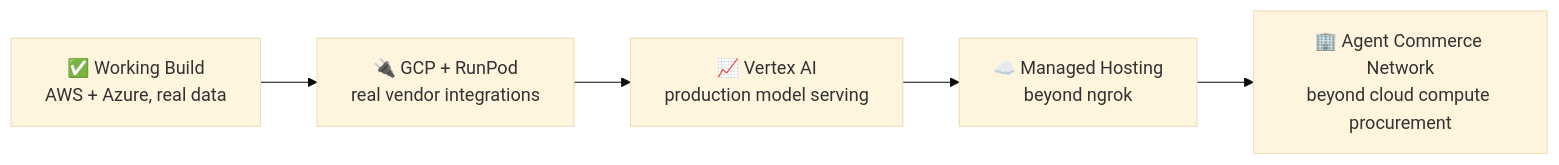
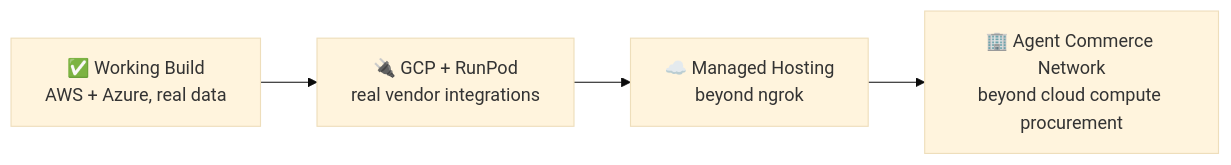
The fifth of 5 diagrams in README.md (maha-rk/pact), drawn with Mermaid (base theme) before and after one commit. The commit also changed other lines of this file and 6 other files, not shown here.

````diff
--- a/README.md
+++ b/README.md
@@ -592,7 +602,6 @@
 ```mermaid
 flowchart LR
     A["✅ Working Build<br/>AWS + Azure, real data"] --> B["🔌 GCP + RunPod<br/>real vendor integrations"]
-    B --> C["📈 Vertex AI<br/>production model serving"]
-    C --> D["☁️ Managed Hosting<br/>beyond ngrok"]
-    D --> E["🏢 Agent Commerce Network<br/>beyond cloud compute procurement"]
+    B --> C["☁️ Managed Hosting<br/>beyond ngrok"]
+    C --> D["🏢 Agent Commerce Network<br/>beyond cloud compute procurement"]
 ```
````
